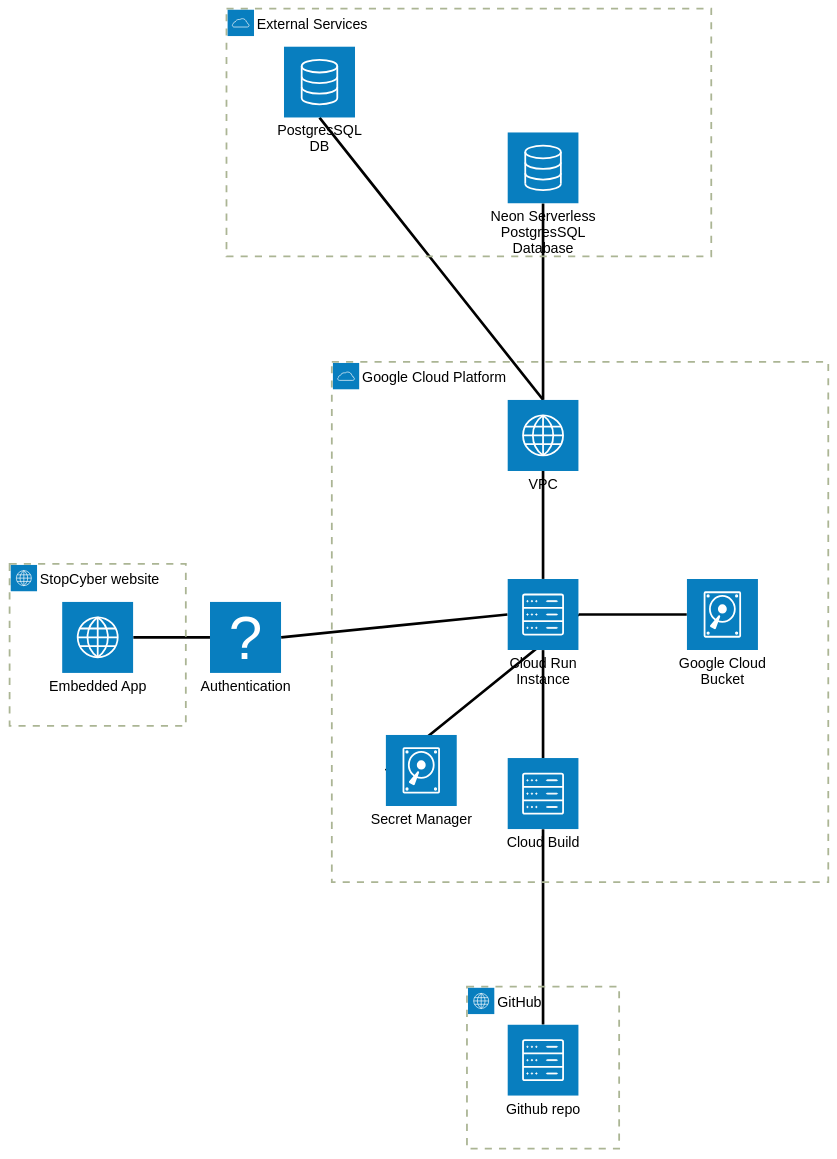
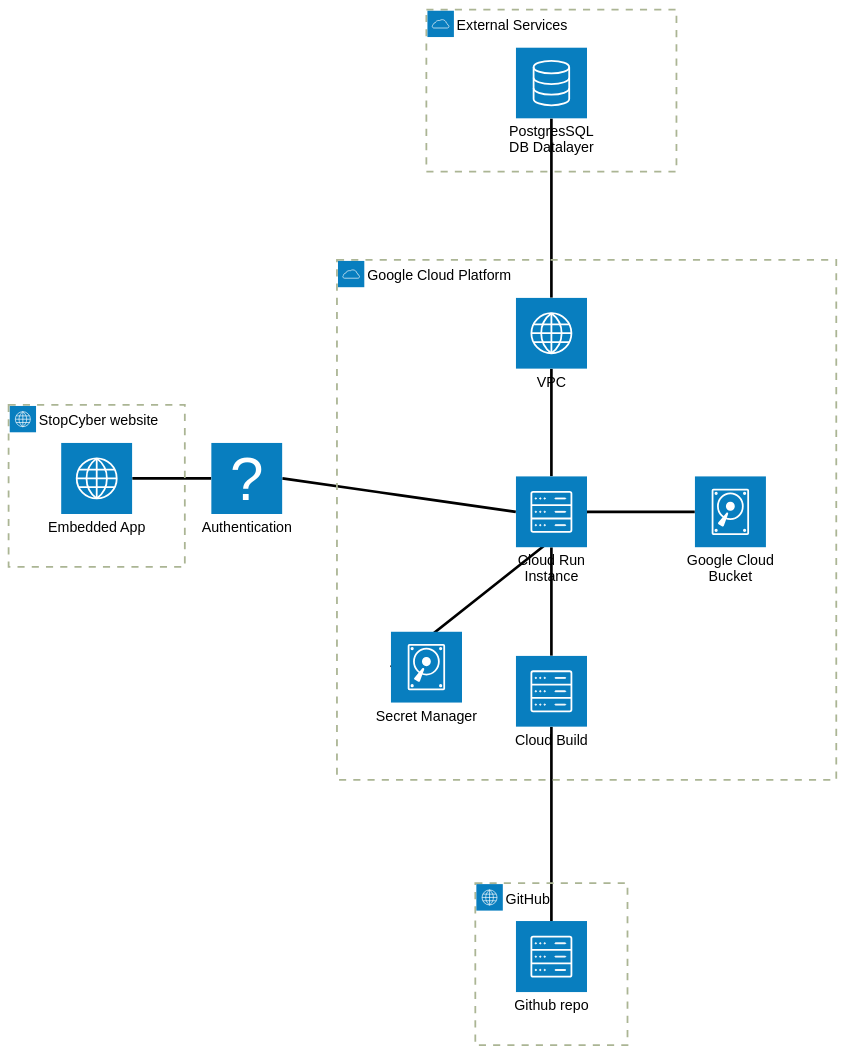
One commit to dataforgoodfr/13_stop_cyberviolence changed the diagram in chatbot/doc/cloud_configuration.qmd. Above: the diagram before and after it, drawn with Mermaid (forest theme). The commit also changed 1 other file, not shown here.

Commit message:
doc: update chatbot app architecture diagram

````diff
--- a/chatbot/doc/cloud_configuration.qmd
+++ b/chatbot/doc/cloud_configuration.qmd
@@ -26,33 +26,31 @@
 ```{mermaid}
 architecture-beta
 
   group github(internet)[GitHub]
     service repo(server)[Github repo] in github
 
   group gcp(cloud)[Google Cloud Platform]
     service build_run(server)[Cloud Build] in gcp
     service secret_manager(disk)[Secret Manager] in gcp
     service vpc(internet)[VPC] in gcp
     service cloud_run(server)[Cloud Run Instance] in gcp
     service gcs_bucket(disk)[Google Cloud Bucket] in gcp
 
  group external(cloud)[External Services]
-    service ovh_postgres(database)[PostgresSQL DB] in external
-    service neon_postgres(database)[Neon Serverless PostgresSQL Database] in external
+    service ovh_postgres(database)[PostgresSQL DB Datalayer] in external
 
 group stopcyber(internet)[StopCyber website]
     service iframe(internet)[Embedded App] in stopcyber
 
 service auth(test)[Authentication]
 
   %% Define the relationships
     repo:T -- B:build_run
     secret_manager:L -- R:cloud_run
     build_run:T -- B:cloud_run
     cloud_run:T -- B:vpc
     cloud_run:R -- L:gcs_bucket
     iframe:R -- L:auth
     auth:R -- L:cloud_run
     vpc:T -- B:ovh_postgres
-    vpc:T -- B:neon_postgres
 ```
````
